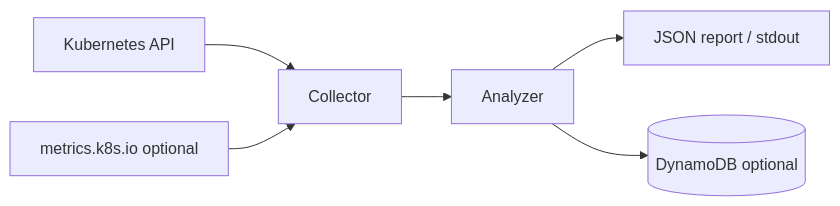
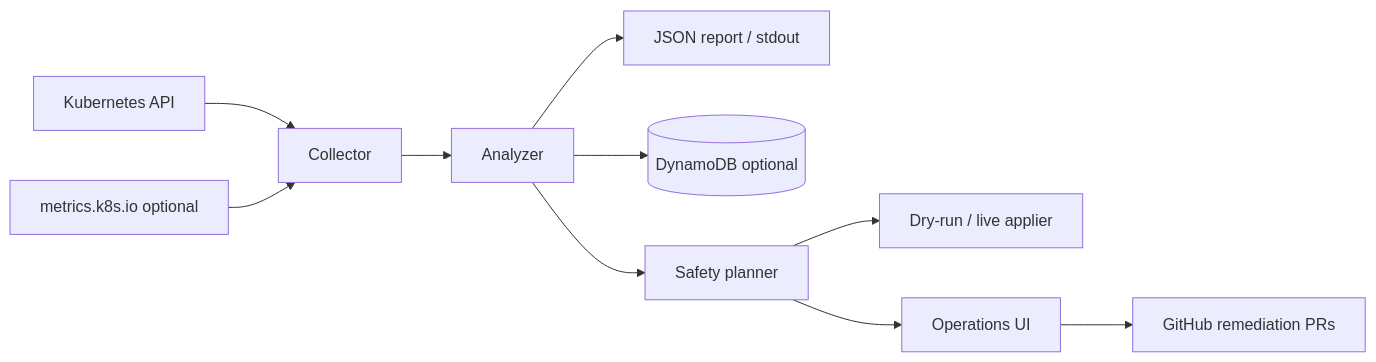
Before and after one commit to ryabinski-labs/cluster-optimizer: the diagram in README.md, drawn with Mermaid. The commit also changed other lines of this file and 2 other files, not shown here.

Commit message:
docs: update remediation positioning

````diff
--- a/README.md
+++ b/README.md
@@ -40,8 +66,12 @@
 ```mermaid
 flowchart LR
   K8s[Kubernetes API] --> Collector
   Metrics[metrics.k8s.io optional] --> Collector
   Collector --> Analyzer
   Analyzer --> Report[JSON report / stdout]
   Analyzer --> DDB[(DynamoDB optional)]
+  Analyzer --> Planner[Safety planner]
+  Planner --> Applier[Dry-run / live applier]
+  Planner --> UI[Operations UI]
+  UI --> GH[GitHub remediation PRs]
 ```
````
